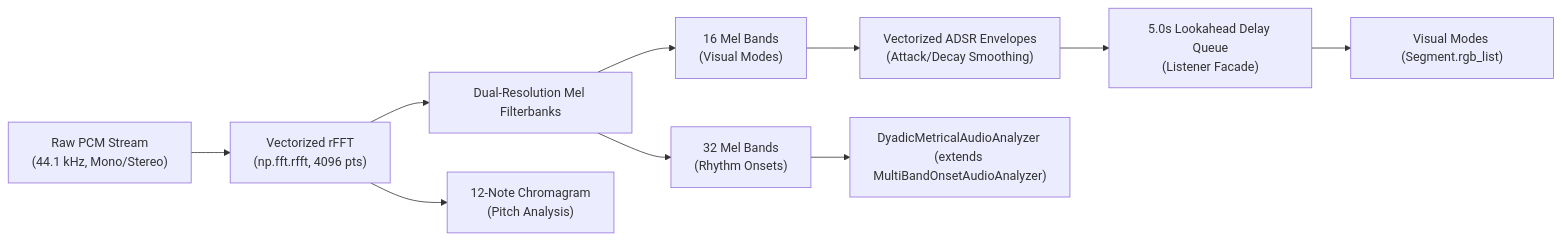
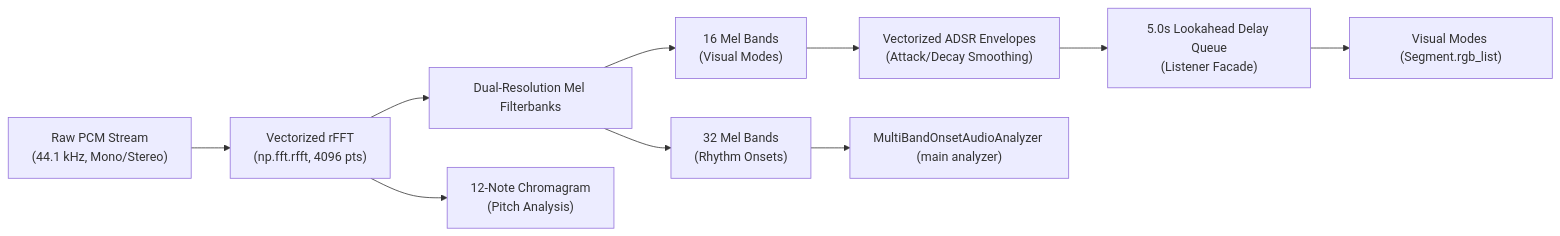
Before and after one commit to LucRobey/vialactee: the diagram in docs/architecture/audio_pipeline.md, drawn with Mermaid. The commit also changed other lines of this file and 29 other files, not shown here.

First line of the commit message:
feat(dsp): MultiBandOnsetAudioAnalyzer gets the six signals and becomes the main analyzer

````diff
--- a/docs/architecture/audio_pipeline.md
+++ b/docs/architecture/audio_pipeline.md
@@ -14,12 +14,12 @@
 ```mermaid
 graph LR
     PCM["Raw PCM Stream<br/>(44.1 kHz, Mono/Stereo)"] --> FFT["Vectorized rFFT<br/>(np.fft.rfft, 4096 pts)"]
     FFT --> DualMel["Dual-Resolution Mel Filterbanks"]
     DualMel --> Bands16["16 Mel Bands<br/>(Visual Modes)"]
     DualMel --> Bands32["32 Mel Bands<br/>(Rhythm Onsets)"]
     FFT --> Chroma["12-Note Chromagram<br/>(Pitch Analysis)"]
     Bands16 --> ADSR["Vectorized ADSR Envelopes<br/>(Attack/Decay Smoothing)"]
     ADSR --> DelayQueue["5.0s Lookahead Delay Queue<br/>(Listener Facade)"]
     DelayQueue --> VisualModes["Visual Modes (Segment.rgb_list)"]
-    Bands32 --> MultiBand["DyadicMetricalAudioAnalyzer (extends MultiBandOnsetAudioAnalyzer)"]
+    Bands32 --> MultiBand["MultiBandOnsetAudioAnalyzer (main analyzer)"]
 ```
````
